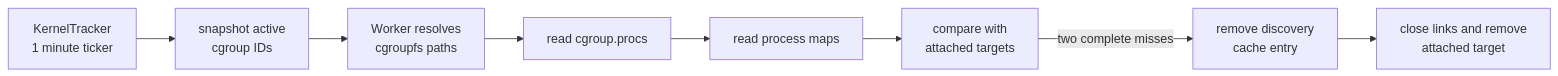
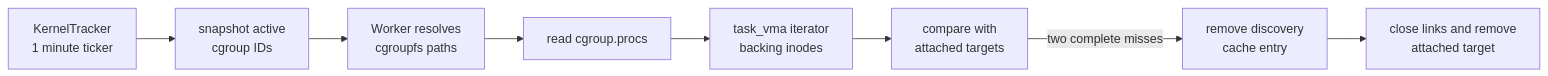
One commit to cicd-sensor/cicd-sensor changed the fourth of 4 diagrams in docs/developer-guide/ebpf/http-uprobes.md. Above: the diagram before and after it, drawn with Mermaid. The commit also changed other lines of this file and 22 other files, not shown here.

````diff
--- a/docs/developer-guide/ebpf/http-uprobes.md
+++ b/docs/developer-guide/ebpf/http-uprobes.md
@@ -255,14 +297,14 @@
 ```mermaid
 flowchart LR
     TICK["KernelTracker<br/>1 minute ticker"]
     IDS["snapshot active<br/>cgroup IDs"]
     PATHS["Worker resolves<br/>cgroupfs paths"]
     PIDS["read cgroup.procs"]
-    MAPS["read process maps"]
+    MAPS["task_vma iterator<br/>backing inodes"]
     COMPARE["compare with<br/>attached targets"]
     CACHE["remove discovery<br/>cache entry"]
     CLOSE["close links and remove<br/>attached target"]
 
     TICK --> IDS --> PATHS --> PIDS --> MAPS --> COMPARE
     COMPARE -->|"two complete misses"| CACHE --> CLOSE
 ```
````
